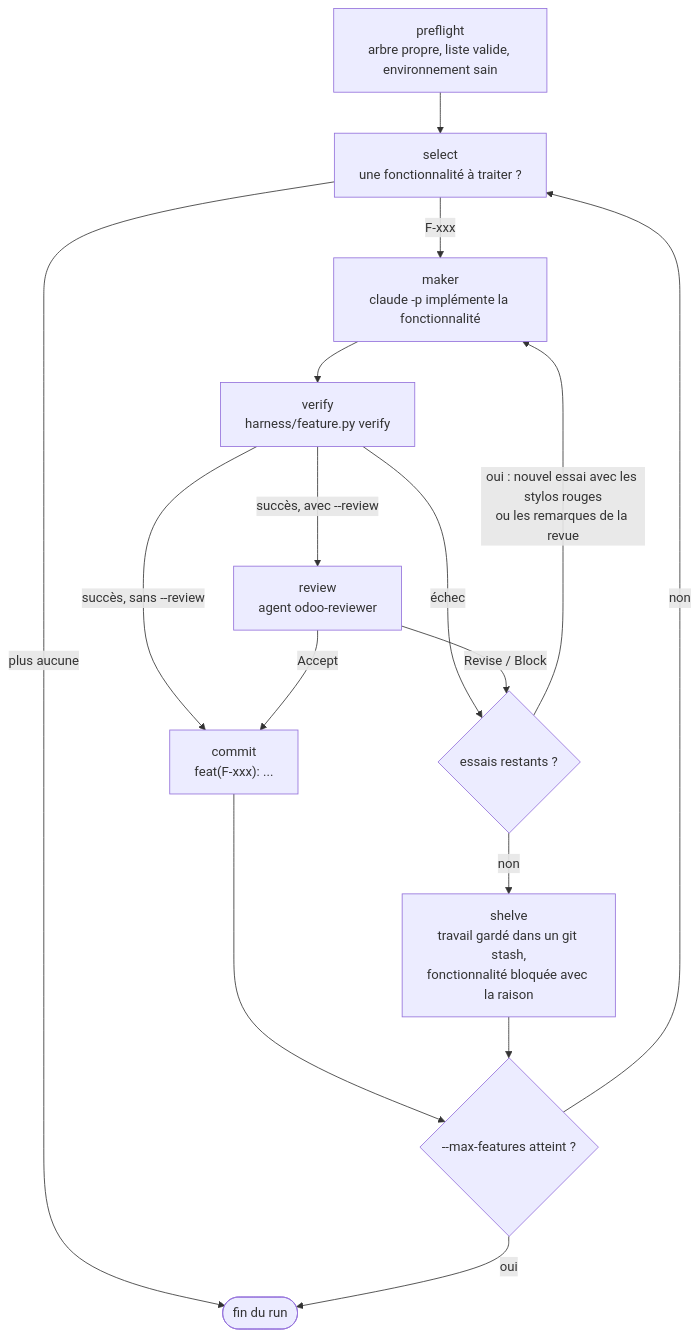
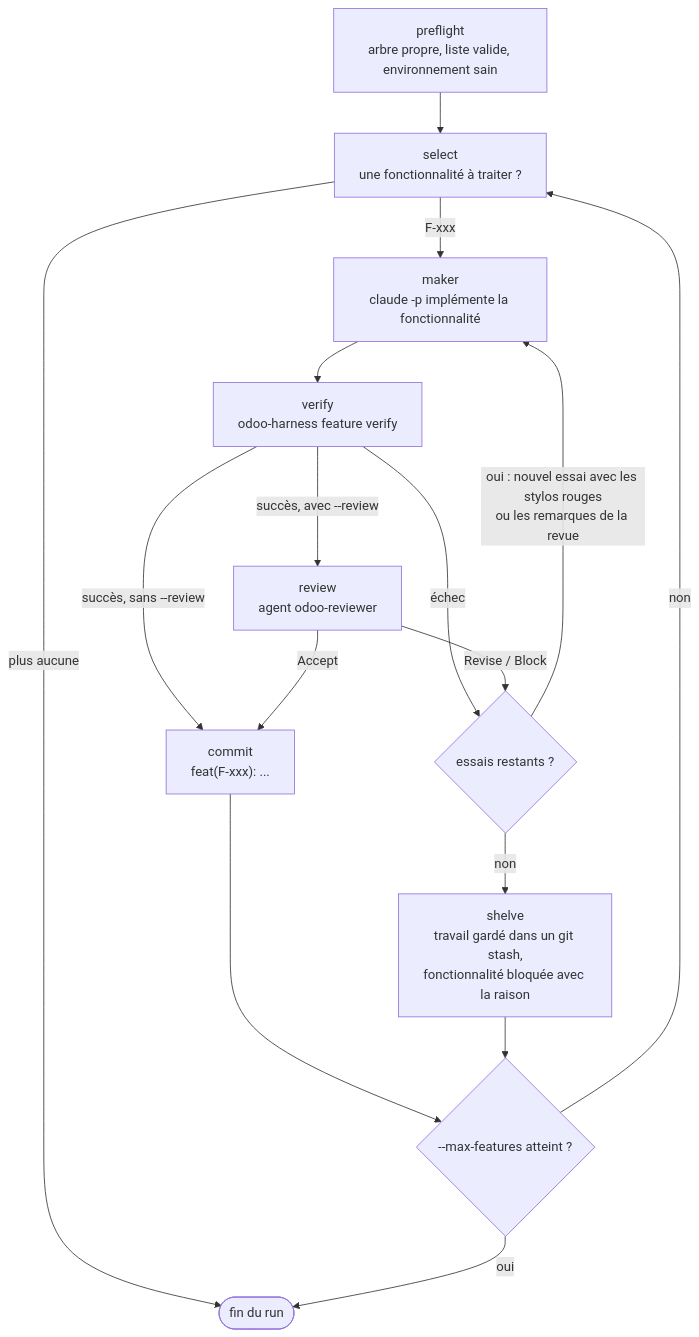
One commit to yessin-fogits/claude-odoo-harness changed the diagram in README.fr.md. Above: the diagram before and after it, drawn with Mermaid. The commit also changed other lines of this file and 134 other files, not shown here.

````diff
--- a/README.fr.md
+++ b/README.fr.md
@@ -120,18 +122,18 @@
 ```mermaid
 flowchart TD
     P["preflight<br/>arbre propre, liste valide, environnement sain"] --> S["select<br/>une fonctionnalité à traiter ?"]
     S -->|"plus aucune"| E(["fin du run"])
     S -->|"F-xxx"| M["maker<br/>claude -p implémente la fonctionnalité"]
-    M --> V["verify<br/>harness/feature.py verify"]
+    M --> V["verify<br/>odoo-harness feature verify"]
     V -->|"échec"| A{"essais restants ?"}
     V -->|"succès, avec --review"| R["review<br/>agent odoo-reviewer"]
     V -->|"succès, sans --review"| C["commit<br/>feat(F-xxx): ..."]
     R -->|"Accept"| C
     R -->|"Revise / Block"| A
     A -->|"oui : nouvel essai avec les stylos rouges<br/>ou les remarques de la revue"| M
     A -->|"non"| B["shelve<br/>travail gardé dans un git stash,<br/>fonctionnalité bloquée avec la raison"]
     C --> N{"--max-features atteint ?"}
     B --> N
     N -->|"non"| S
     N -->|"oui"| E
 ```
````
